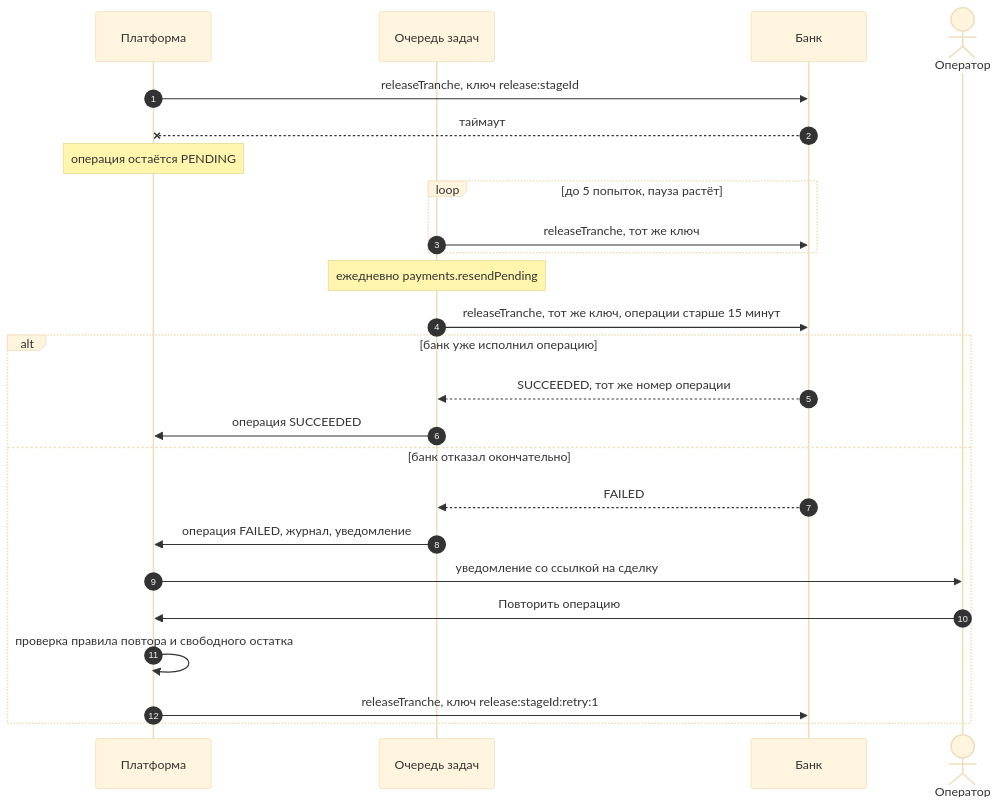
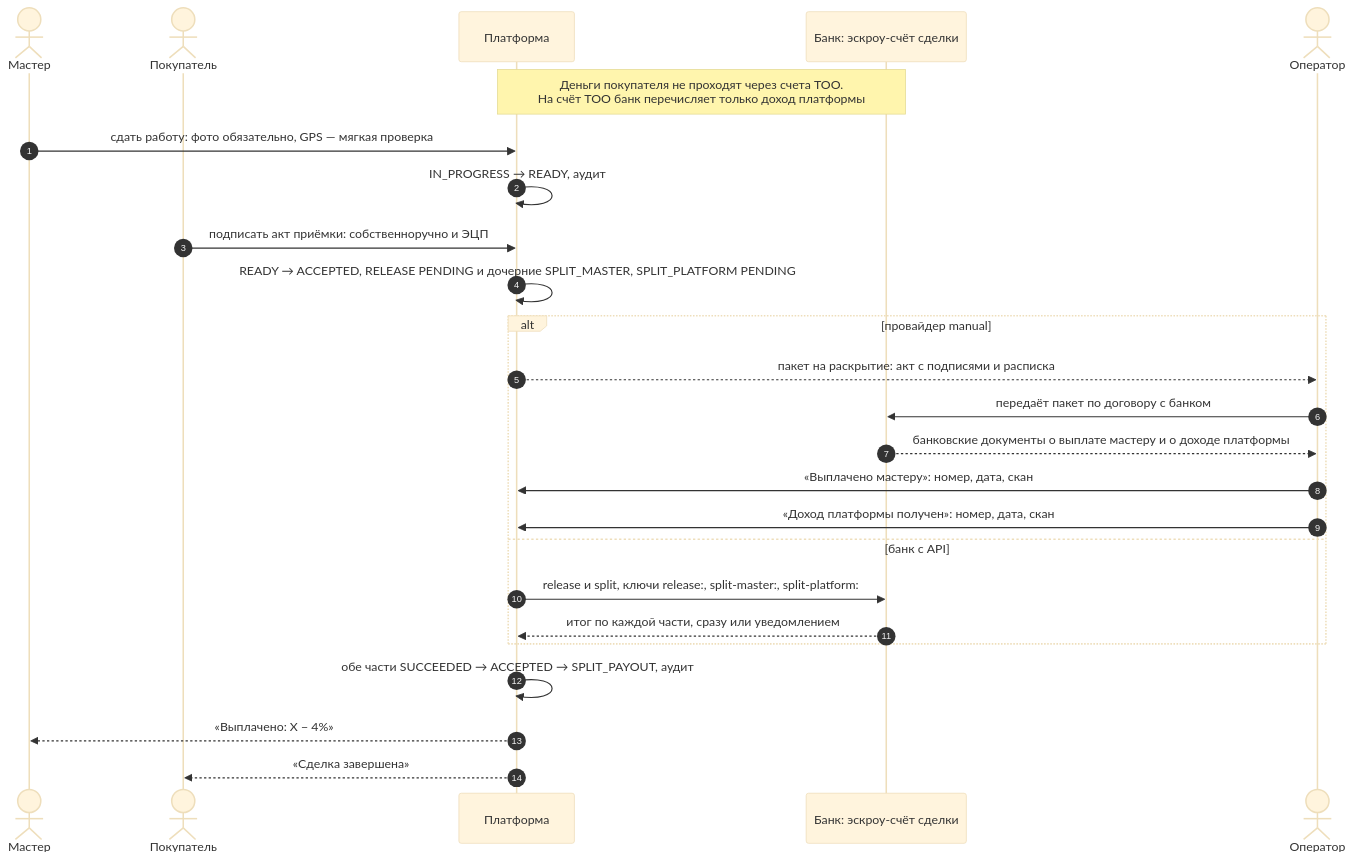
Before and after one commit to CemeteryPlaya/senim-platform: the fourth of 6 diagrams in docs/bank/03-escrow-integration.md, drawn with Mermaid (base theme). The commit also changed other lines of this file and 2 other files, not shown here.

````diff
--- a/docs/bank/03-escrow-integration.md
+++ b/docs/bank/03-escrow-integration.md
@@ -281,28 +299,28 @@
 ```mermaid
 sequenceDiagram
   autonumber
+  actor M as Мастер
+  actor C as Покупатель
   participant P as Платформа
-  participant J as Очередь задач
-  participant B as Банк
+  participant B as Банк: эскроу-счёт сделки
   actor O as Оператор
 
-  P->>B: releaseTranche, ключ release:stageId
-  B--xP: таймаут
-  Note over P: операция остаётся PENDING
-  loop до 5 попыток, пауза растёт
-    J->>B: releaseTranche, тот же ключ
+  Note over P,B: Деньги покупателя не проходят через счета ТОО.<br/>На счёт ТОО банк перечисляет только доход платформы
+  M->>P: сдать работу: фото обязательно, GPS — мягкая проверка
+  P->>P: IN_PROGRESS → READY, аудит
+  C->>P: подписать акт приёмки: собственноручно и ЭЦП
+  P->>P: READY → ACCEPTED, RELEASE PENDING и дочерние SPLIT_MASTER, SPLIT_PLATFORM PENDING
+  alt провайдер manual
+    P-->>O: пакет на раскрытие: акт с подписями и расписка
+    O->>B: передаёт пакет по договору с банком
+    B-->>O: банковские документы о выплате мастеру и о доходе платформы
+    O->>P: «Выплачено мастеру»: номер, дата, скан
+    O->>P: «Доход платформы получен»: номер, дата, скан
+  else банк с API
+    P->>B: release и split, ключи release:, split-master:, split-platform:
+    B-->>P: итог по каждой части, сразу или уведомлением
   end
-  Note over J: ежедневно payments.resendPending
-  J->>B: releaseTranche, тот же ключ, операции старше 15 минут
-  alt банк уже исполнил операцию
-    B-->>J: SUCCEEDED, тот же номер операции
-    J->>P: операция SUCCEEDED
-  else банк отказал окончательно
-    B-->>J: FAILED
-    J->>P: операция FAILED, журнал, уведомление
-    P->>O: уведомление со ссылкой на сделку
-    O->>P: Повторить операцию
-    P->>P: проверка правила повтора и свободного остатка
-    P->>B: releaseTranche, ключ release:stageId:retry:1
-  end
+  P->>P: обе части SUCCEEDED → ACCEPTED → SPLIT_PAYOUT, аудит
+  P-->>M: «Выплачено: X − 4%»
+  P-->>C: «Сделка завершена»
 ```
````
